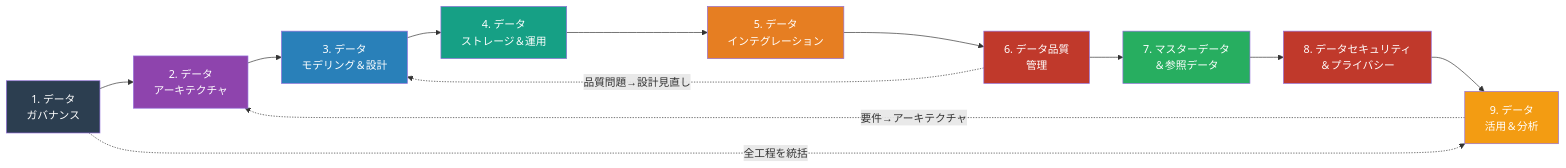
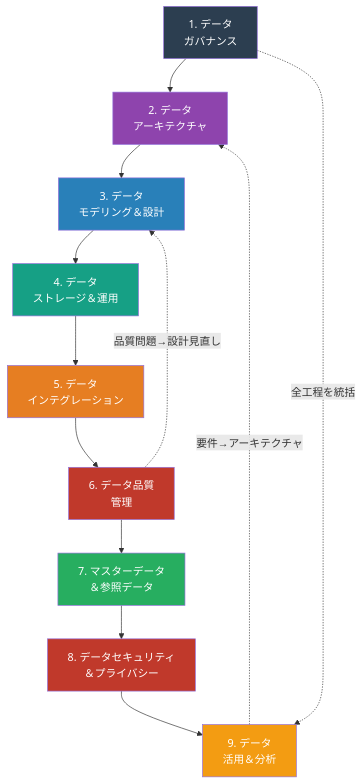
Before and after one commit to shuji-bonji/Management-of-software-systems-and-services: the first of 8 diagrams in data-management-map.md, drawn with Mermaid. The commit also changed other lines of this file and 9 other files, not shown here.

Commit message:
fix: Mermaid図の改善

````diff
--- a/data-management-map.md
+++ b/data-management-map.md
@@ -19,25 +17,25 @@
 ```mermaid
-flowchart LR
-    A["1. データ\nガバナンス"] --> B["2. データ\nアーキテクチャ"]
-    B --> C["3. データ\nモデリング＆設計"]
-    C --> D["4. データ\nストレージ＆運用"]
-    D --> E["5. データ\nインテグレーション"]
-    E --> F["6. データ品質\n管理"]
-    F --> G["7. マスターデータ\n＆参照データ"]
-    G --> H["8. データセキュリティ\n＆プライバシー"]
-    H --> I["9. データ\n活用＆分析"]
+flowchart TB
+    A["1. データ<br>ガバナンス"] --> B["2. データ<br>アーキテクチャ"]
+    B --> C["3. データ<br>モデリング＆設計"]
+    C --> D["4. データ<br>ストレージ＆運用"]
+    D --> E["5. データ<br>インテグレーション"]
+    E --> F["6. データ品質<br>管理"]
+    F --> G["7. マスターデータ<br>＆参照データ"]
+    G --> H["8. データセキュリティ<br>＆プライバシー"]
+    H --> I["9. データ<br>活用＆分析"]
 
     A -.->|"全工程を統括"| I
     F -.->|"品質問題→設計見直し"| C
     I -.->|"要件→アーキテクチャ"| B
 
     style A fill:#2C3E50,color:#fff
     style B fill:#8E44AD,color:#fff
     style C fill:#2980B9,color:#fff
     style D fill:#16A085,color:#fff
     style E fill:#E67E22,color:#fff
     style F fill:#C0392B,color:#fff
     style G fill:#27AE60,color:#fff
     style H fill:#C0392B,color:#fff
     style I fill:#F39C12,color:#fff
 ```
````
